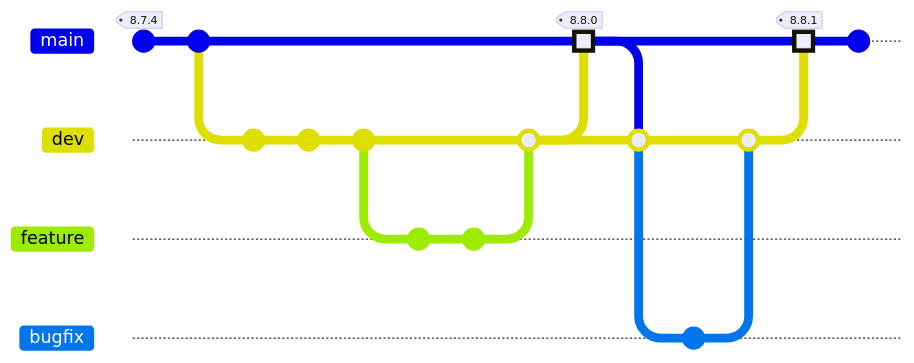
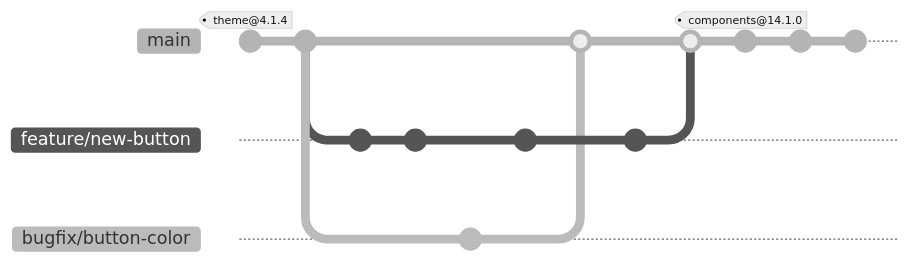
The diagram in apps/docs/docs/get-started/contribute/coding.mdx (migrationsverket/midas), drawn with Mermaid before and after one commit. The commit also changed other lines of this file and 1 other file, not shown here. Commit ids are hidden.

````diff
--- a/apps/docs/docs/get-started/contribute/coding.mdx
+++ b/apps/docs/docs/get-started/contribute/coding.mdx
@@ -167,26 +68,29 @@
 ```mermaid
-    gitGraph
-       commit tag: "8.7.4"
-       commit
-       branch dev
-       commit
-       commit
-       commit
-       branch feature
-       commit
-       commit
-       checkout dev
-       merge feature
-       checkout main
-       merge dev tag: "8.8.0" type: HIGHLIGHT
-       checkout dev
-       merge main
-       branch bugfix
-       commit
-       checkout dev
-       merge bugfix
-       checkout main
-       merge dev id: "trigger release" type: HIGHLIGHT tag: "8.8.1"
-       commit
-
+---
+config:
+  logLevel: 'debug'
+  theme: 'neutral'
+  gitGraph:
+    showBranches: true
+---
+gitGraph
+  commit tag: "theme@4.1.4"
+  commit id: "8db8ba0b0a"
+  branch feature/new-button
+  commit id: "81eb8978a9"
+  commit id: "6aef7a733f"
+  checkout main
+  branch bugfix/button-color
+  commit id: "6560249c6d"
+  checkout feature/new-button
+  commit id: "446b0bb972"
+  checkout main
+  merge bugfix/button-color
+  checkout feature/new-button
+  commit id: "b682194518"
+  checkout main
+  merge feature/new-button
+  commit tag: "components@14.1.0"
+  commit id: "a27c4f41d9"
+  commit id: "5dec5b5dd3"
 ```
````
